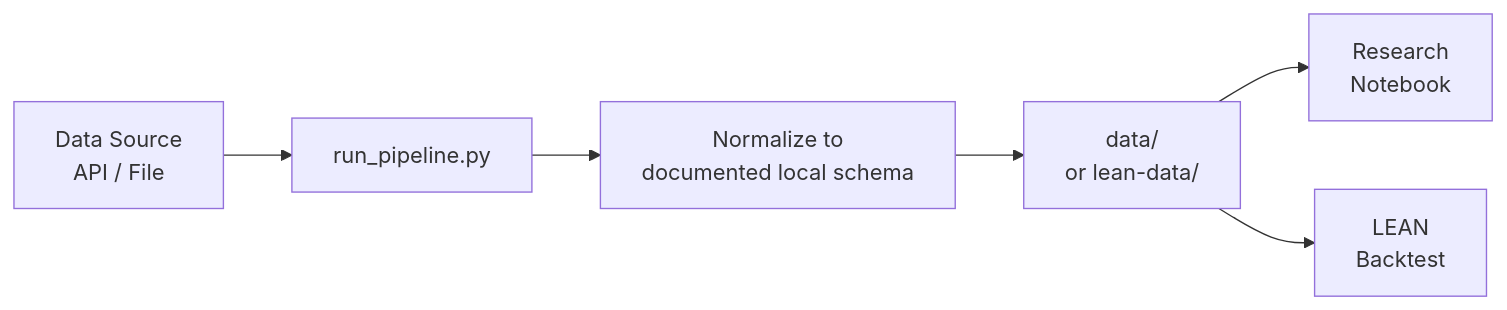
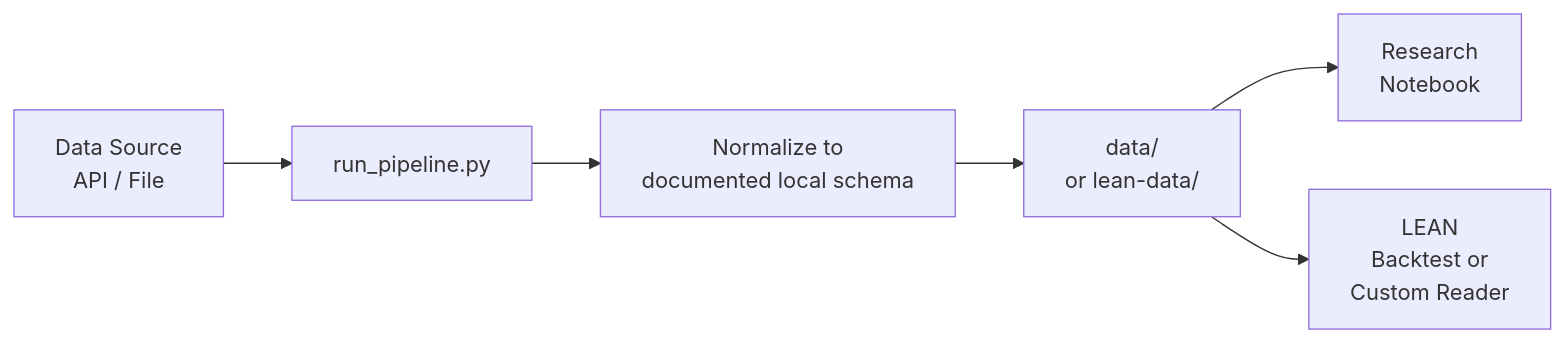
One commit to WolfpackOfOne/Q-agent changed the diagram in docs/pipelines/index.md. Above: the diagram before and after it, drawn with Mermaid. The commit also changed other lines of this file, not shown here.

Commit message:
Docs audit: add pipeline LEAN compatibility matrix

````diff
--- a/docs/pipelines/index.md
+++ b/docs/pipelines/index.md
@@ -74,8 +100,8 @@
 ```mermaid
 graph LR
     A[Data Source<br/>API / File] --> B[run_pipeline.py]
     B --> C[Normalize to<br/>documented local schema]
     C --> D[data/<br/>or lean-data/]
     D --> E[Research<br/>Notebook]
-    D --> F[LEAN<br/>Backtest]
+    D --> F[LEAN<br/>Backtest or<br/>Custom Reader]
 ```
````
